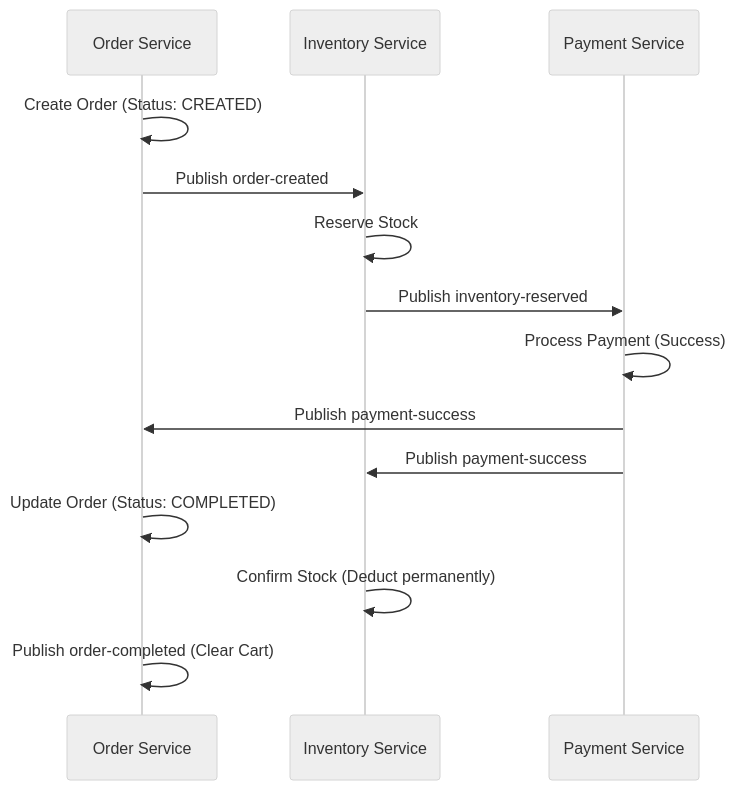
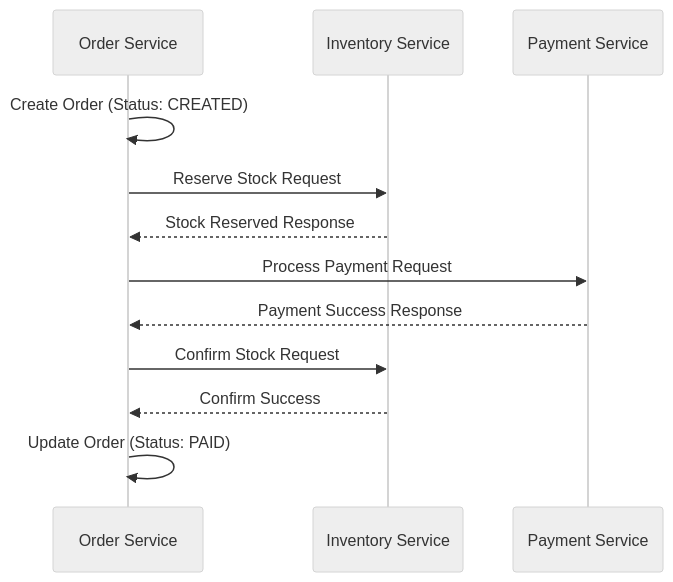
Before and after one commit to aniket5761/ecom-microservice: the second of 3 diagrams in README.md, drawn with Mermaid (neutral theme). The commit also changed other lines of this file, not shown here.

````diff
--- a/README.md
+++ b/README.md
@@ -69,17 +61,15 @@
 ```mermaid
 sequenceDiagram
     participant OS as Order Service
     participant IS as Inventory Service
     participant PS as Payment Service
     
     OS->>OS: Create Order (Status: CREATED)
-    OS->>IS: Publish order-created
-    IS->>IS: Reserve Stock
-    IS->>PS: Publish inventory-reserved
-    PS->>PS: Process Payment (Success)
-    PS->>OS: Publish payment-success
-    PS->>IS: Publish payment-success
-    OS->>OS: Update Order (Status: COMPLETED)
-    IS->>IS: Confirm Stock (Deduct permanently)
-    OS->>OS: Publish order-completed (Clear Cart)
+    OS->>IS: Reserve Stock Request
+    IS-->>OS: Stock Reserved Response
+    OS->>PS: Process Payment Request
+    PS-->>OS: Payment Success Response
+    OS->>IS: Confirm Stock Request
+    IS-->>OS: Confirm Success
+    OS->>OS: Update Order (Status: PAID)
 ```
````
